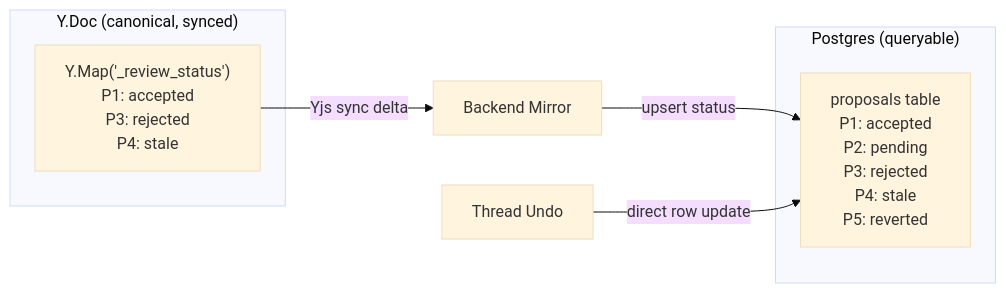
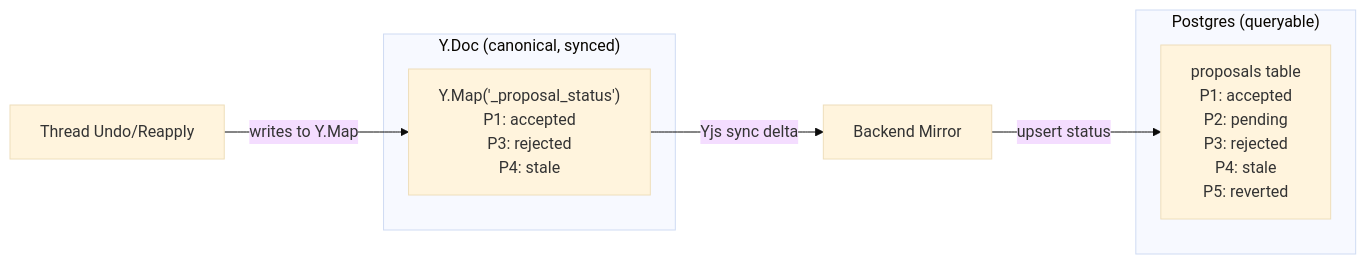
Before and after one commit to haowjy/meridian-flow: the second of 2 diagrams in _docs/plans/collab-review-v2/spec/schema-design.md, drawn with Mermaid (base theme). The commit also changed other lines of this file and 9 other files, not shown here.

First line of the commit message:
collab-v2: unify thread undo/reapply, rename _proposal_status, local-first thread ops

````diff
--- a/_docs/plans/collab-review-v2/spec/schema-design.md
+++ b/_docs/plans/collab-review-v2/spec/schema-design.md
@@ -51,12 +51,12 @@
 ```mermaid
 flowchart LR
     subgraph yjs ["Y.Doc (canonical, synced)"]
-        M["Y.Map('_review_status')<br/>P1: accepted<br/>P3: rejected<br/>P4: stale"]
+        M["Y.Map('_proposal_status')<br/>P1: accepted<br/>P3: rejected<br/>P4: stale"]
     end
     subgraph db ["Postgres (queryable)"]
         R["proposals table<br/>P1: accepted<br/>P2: pending<br/>P3: rejected<br/>P4: stale<br/>P5: reverted"]
     end
     M -->|"Yjs sync delta"| BE["Backend Mirror"]
     BE -->|"upsert status"| R
-    TU["Thread Undo"] -->|"direct row update"| R
+    TU["Thread Undo/Reapply"] -->|"writes to Y.Map"| M
 ```
````
